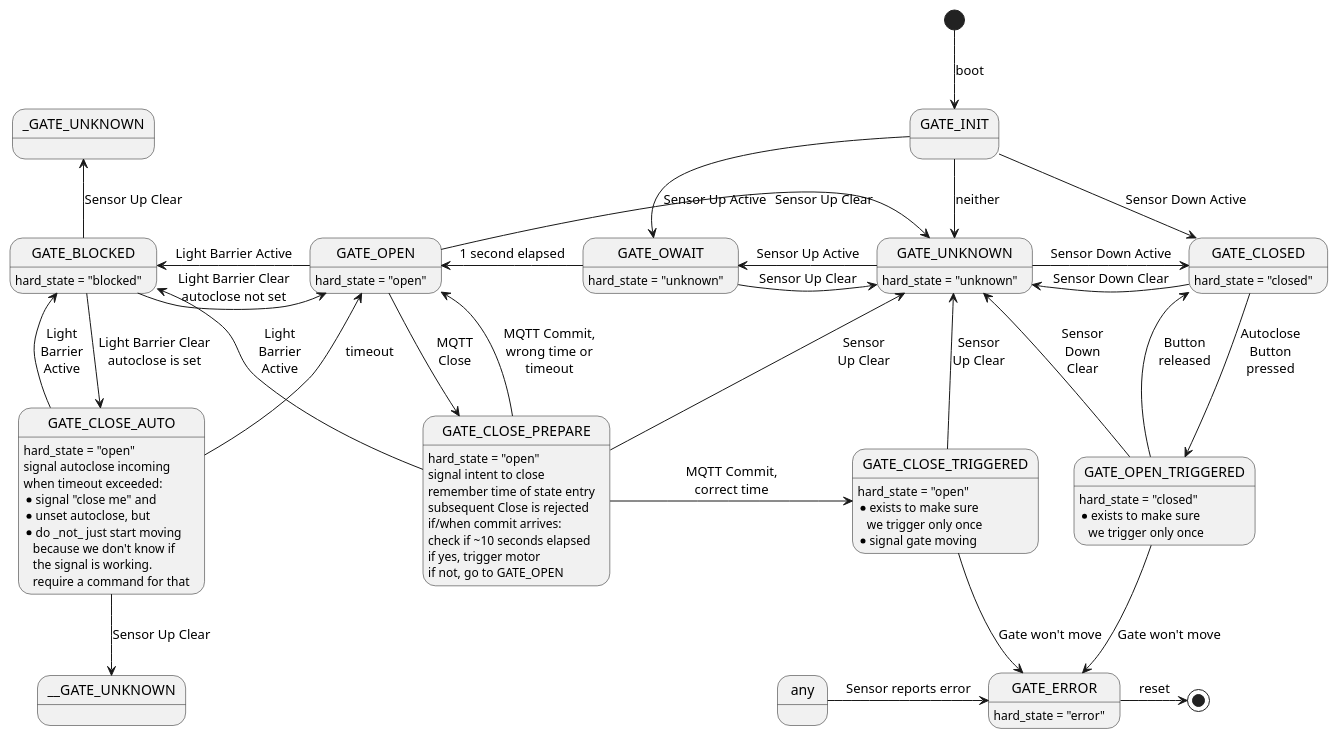
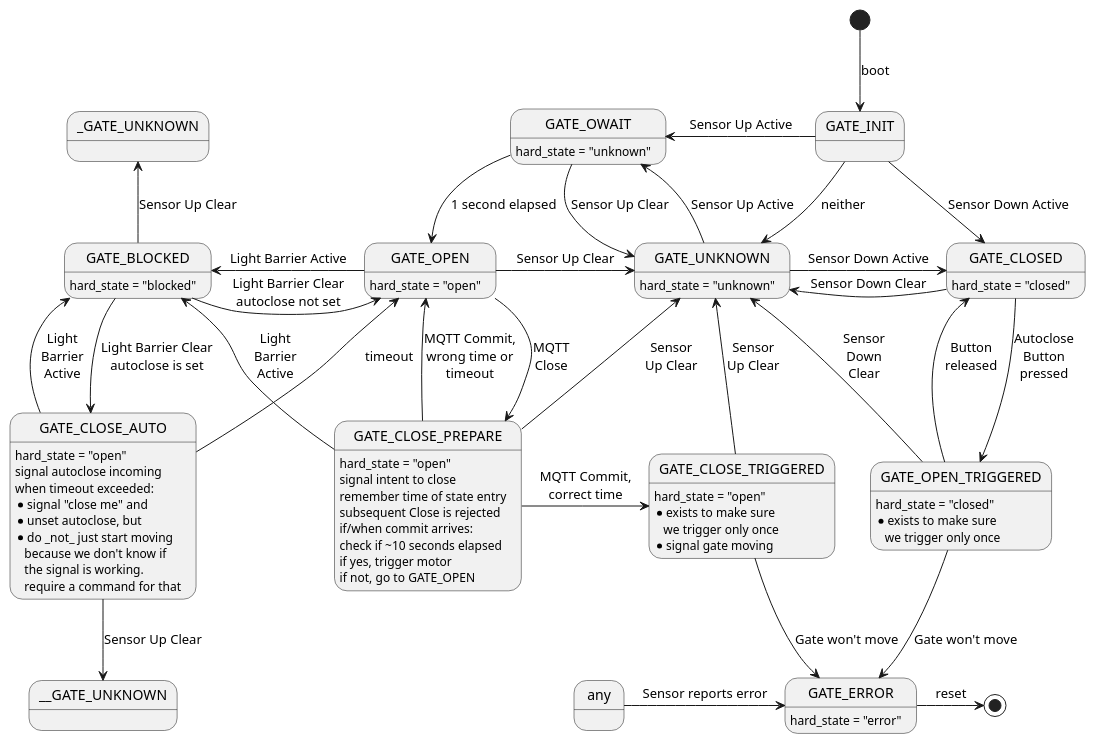
The diagram in docs/statemachine.puml (Svedrin/gatecontrol), drawn with PlantUML before and after one commit. The commit also changed 1 other file, not shown here.

```diff
--- a/docs/statemachine.puml
+++ b/docs/statemachine.puml
@@ -1,73 +1,73 @@
 @startuml statemachine
 
-[*] --> GATE_INIT : boot
+[*] -down-> GATE_INIT : boot
 
 GATE_INIT    -down-> GATE_CLOSED   : Sensor Down Active
-GATE_INIT    -down-> GATE_OWAIT    : Sensor Up Active
+GATE_INIT    -left-> GATE_OWAIT    : Sensor Up Active
 GATE_INIT    -down-> GATE_UNKNOWN  : neither
 
 GATE_BLOCKED -right-> GATE_OPEN    : Light Barrier Clear\nautoclose not set
 GATE_OPEN    -left->  GATE_BLOCKED : Light Barrier Active
 GATE_BLOCKED -up->   _GATE_UNKNOWN : Sensor Up Clear
 
 GATE_UNKNOWN -right-> GATE_CLOSED  : Sensor Down Active
 GATE_CLOSED  -left->  GATE_UNKNOWN : Sensor Down Clear
 
 GATE_OPEN    -right-> GATE_UNKNOWN : Sensor Up Clear
 GATE_UNKNOWN -left->  GATE_OWAIT   : Sensor Up Active
 
-GATE_OWAIT   -left->  GATE_OPEN    : 1 second elapsed
+GATE_OWAIT   -down->  GATE_OPEN    : 1 second elapsed
 GATE_OWAIT   -right-> GATE_UNKNOWN : Sensor Up Clear
 
 GATE_OPEN:    hard_state = "open"
 GATE_UNKNOWN: hard_state = "unknown"
 GATE_OWAIT:   hard_state = "unknown"
 GATE_CLOSED:  hard_state = "closed"
 GATE_BLOCKED: hard_state = "blocked"
 
 
 GATE_BLOCKED    -down->  GATE_CLOSE_AUTO    : Light Barrier Clear\nautoclose is set
 GATE_CLOSE_AUTO -up->    GATE_BLOCKED       : Light\nBarrier\nActive
 GATE_CLOSE_AUTO -up->    GATE_OPEN          : timeout
 GATE_CLOSE_AUTO -down-> __GATE_UNKNOWN      : Sensor Up Clear
 GATE_CLOSE_AUTO : hard_state = "open"
 GATE_CLOSE_AUTO : signal autoclose incoming
 GATE_CLOSE_AUTO : when timeout exceeded:
 GATE_CLOSE_AUTO : * signal "close me" and
 GATE_CLOSE_AUTO : * unset autoclose, but
 GATE_CLOSE_AUTO : * do _not_ just start moving\n   because we don't know if\n   the signal is working.\n   require a command for that
 
 GATE_OPEN    -down->  GATE_CLOSE_PREPARE : MQTT\nClose
 GATE_CLOSE_PREPARE: hard_state = "open"
 GATE_CLOSE_PREPARE: signal intent to close
 GATE_CLOSE_PREPARE: remember time of state entry
 GATE_CLOSE_PREPARE: subsequent Close is rejected
 GATE_CLOSE_PREPARE: if/when commit arrives:
 GATE_CLOSE_PREPARE: check if ~10 seconds elapsed
 GATE_CLOSE_PREPARE: if yes, trigger motor
 GATE_CLOSE_PREPARE: if not, go to GATE_OPEN
 
 GATE_CLOSE_PREPARE   -up->     GATE_BLOCKED         : Light\nBarrier\nActive
 GATE_CLOSE_PREPARE   -up->     GATE_UNKNOWN         : Sensor\nUp Clear
 GATE_CLOSE_PREPARE   -up->     GATE_OPEN            : MQTT Commit,\nwrong time or\ntimeout
 GATE_CLOSE_PREPARE   -right->  GATE_CLOSE_TRIGGERED : MQTT Commit,\ncorrect time
 
 GATE_CLOSE_TRIGGERED -up->     GATE_UNKNOWN         : Sensor\nUp Clear
 GATE_CLOSE_TRIGGERED -down->   GATE_ERROR           : Gate won't move
 GATE_CLOSE_TRIGGERED: hard_state = "open"
 GATE_CLOSE_TRIGGERED: * exists to make sure\n   we trigger only once
 GATE_CLOSE_TRIGGERED: * signal gate moving
 
 GATE_ERROR           -right->  [*] : reset
 GATE_ERROR: hard_state = "error"
 
 GATE_CLOSED         -down-> GATE_OPEN_TRIGGERED : Autoclose\nButton\npressed
 GATE_OPEN_TRIGGERED -up->   GATE_CLOSED         : Button\nreleased
 GATE_OPEN_TRIGGERED -up->   GATE_UNKNOWN        : Sensor\nDown\nClear
 GATE_OPEN_TRIGGERED -down-> GATE_ERROR          : Gate won't move
 GATE_OPEN_TRIGGERED: hard_state = "closed"
 GATE_OPEN_TRIGGERED: * exists to make sure\n   we trigger only once
 
 any -right-> GATE_ERROR : Sensor reports error
 
 @enduml
```
